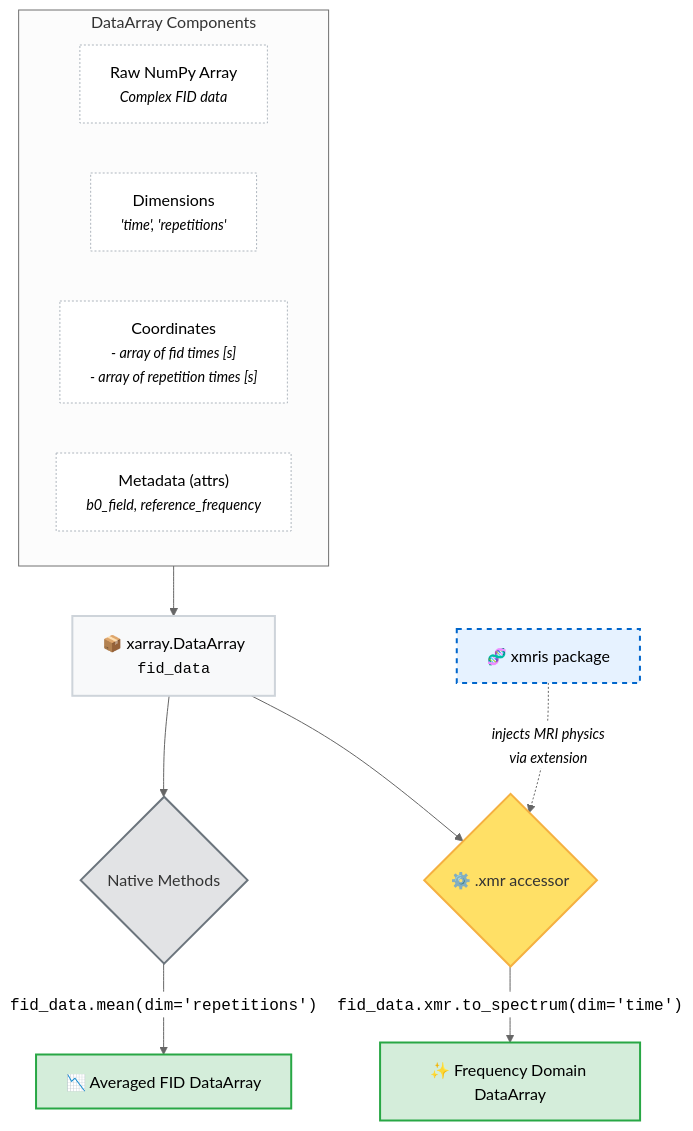
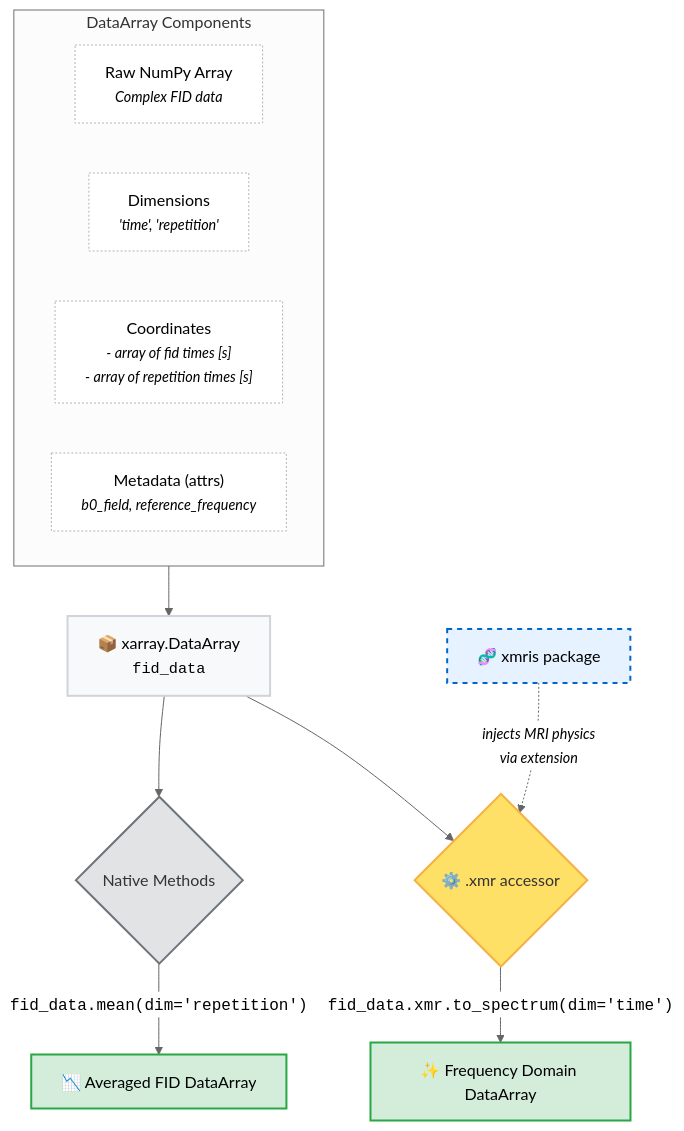
The diagram in docs/index.md (andrewendlinger/xmris), drawn with Mermaid (neutral theme) before and after one commit. The commit also changed 10 other files, not shown here.

````diff
--- a/docs/index.md
+++ b/docs/index.md
@@ -87,34 +87,34 @@
 ```mermaid
 flowchart TD
     %% 1. Reusable Class Definitions
     classDef component fill:#ffffff,stroke:#adb5bd,stroke-width:1px,stroke-dasharray: 2 2
     classDef dataArray fill:#f8f9fa,stroke:#ced4da,stroke-width:2px
     classDef accessor fill:#ffe066,stroke:#f5b041,stroke-width:2px,color:#333
     classDef native fill:#e2e3e5,stroke:#6c757d,stroke-width:2px,color:#333
     classDef output fill:#d4edda,stroke:#28a745,stroke-width:2px
     classDef package fill:#e6f2ff,stroke:#0066cc,stroke-width:2px,stroke-dasharray: 5 5
 
     %% 2. The building blocks
     subgraph Components ["DataArray Components"]
         direction LR
         NP["Raw NumPy Array<br><span style='color:#6c757d; font-size:0.9em; font-style:italic;'>Complex FID data</span>"]:::component
-        Dims["Dimensions<br><span style='color:#6c757d; font-size:0.9em; font-style:italic;'>'time', 'repetitions'</span>"]:::component
+        Dims["Dimensions<br><span style='color:#6c757d; font-size:0.9em; font-style:italic;'>'time', 'repetition'</span>"]:::component
         Coords["Coordinates<br><span style='color:#6c757d; font-size:0.9em; font-style:italic;'>- array of fid times [s]<br>- array of repetition times [s]</span>"]:::component
         Meta["Metadata (attrs)<br><span style='color:#6c757d; font-size:0.9em; font-style:italic;'>b0_field, reference_frequency</span>"]:::component
     end
 
     %% 3. The Core Object
     Components --> In["📦 xarray.DataArray<br><span style='color:#6c757d; font-size:0.95em; font-family:monospace;'>fid_data</span>"]:::dataArray
 
     %% 4a. The Native xarray benefit
     In --> Nat{"Native Methods"}:::native
-    Nat -->|"<span style='font-family:monospace;'>fid_data.mean(dim='repetitions')</span>"| OutNat["📉 Averaged FID DataArray"]:::output
+    Nat -->|"<span style='font-family:monospace;'>fid_data.mean(dim='repetition')</span>"| OutNat["📉 Averaged FID DataArray"]:::output
 
     %% 4b. The Custom processing pipeline
     In --> Acc{"⚙️ .xmr accessor"}:::accessor
     Acc -->|"<span style='font-family:monospace;'>fid_data.xmr.to_spectrum(dim='time')</span>"| Out["✨ Frequency Domain DataArray"]:::output
 
     %% 5. Package injection
     Pkg["🧬 xmris package"]:::package -.->|"<span style='color:#6c757d; font-size:0.9em; font-style:italic;'>injects MRI physics<br>via extension</span>"| Acc
 
 ```
````
